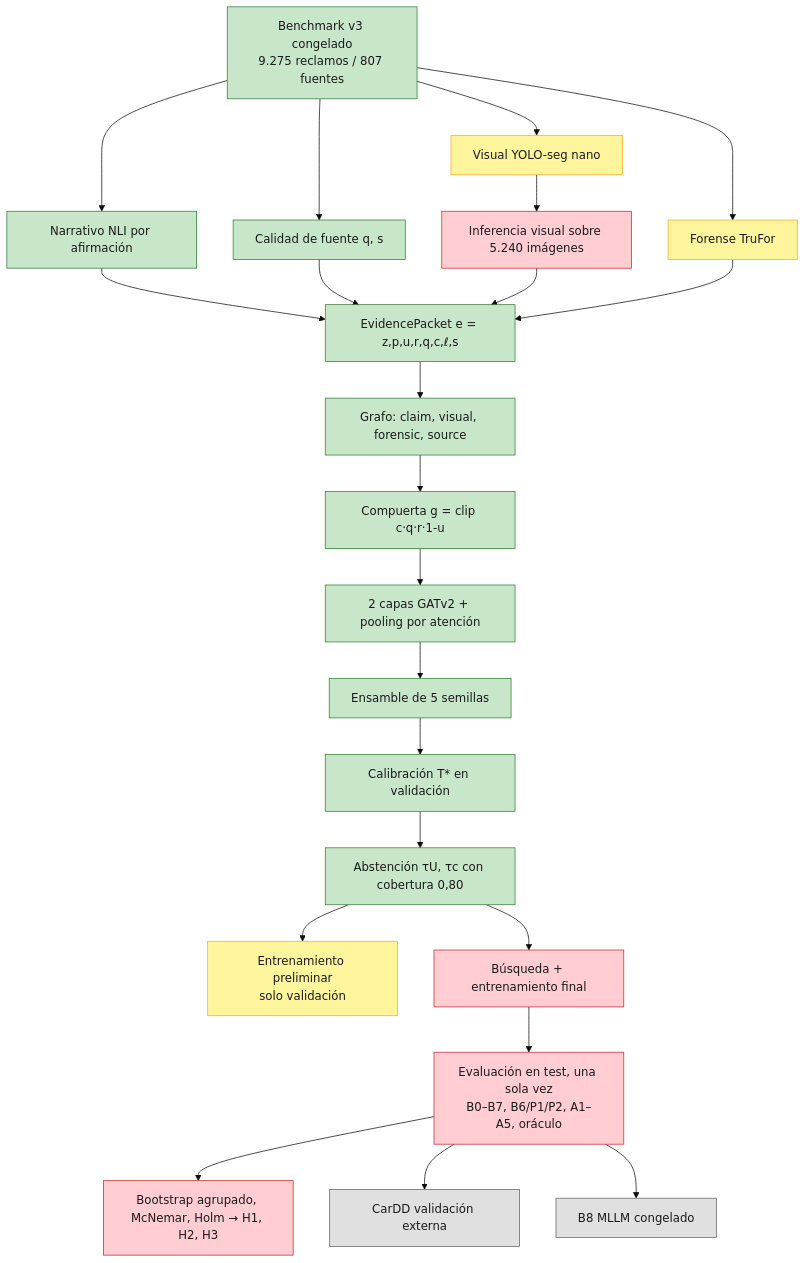
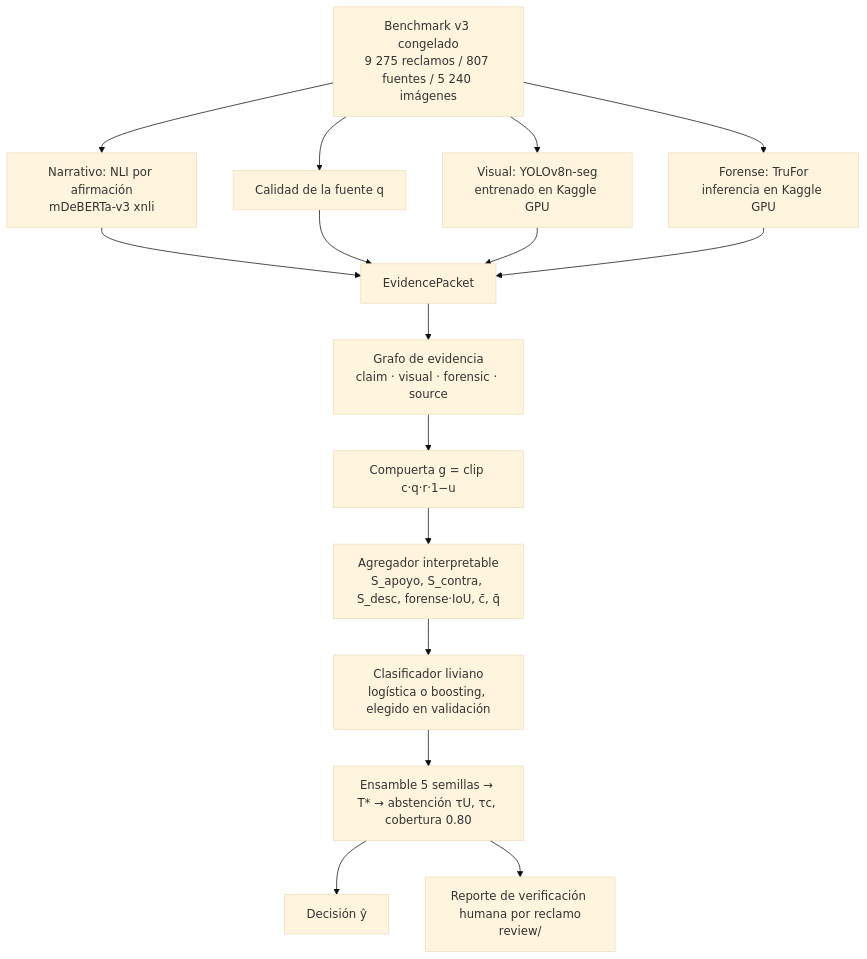
The diagram in README.md (anamariaaccilio/uafeg), drawn with Mermaid (base theme) before and after one commit. The commit also changed other lines of this file and 1182 other files, not shown here.

Commit message:
feat: single test evaluation, H1-H3, tables/figures, human review package, chapter 5 proposal

````diff
--- a/README.md
+++ b/README.md
@@ -9,33 +16,18 @@
 ```mermaid
 flowchart TD
-    B[Benchmark v3 congelado<br/>9.275 reclamos / 807 fuentes] --> N[Narrativo NLI por afirmación]
-    B --> Q[Calidad de fuente q, s]
-    B --> V[Visual YOLO-seg nano]
-    B --> F[Forense TruFor]
-    N --> E[EvidencePacket e = z,p,u,r,q,c,ℓ,s]
+    B[Benchmark v3 congelado<br/>9 275 reclamos / 807 fuentes / 5 240 imágenes] --> N[Narrativo: NLI por afirmación<br/>mDeBERTa-v3 xnli]
+    B --> Q[Calidad de la fuente q]
+    B --> V[Visual: YOLOv8n-seg<br/>entrenado en Kaggle GPU]
+    B --> F[Forense: TruFor<br/>inferencia en Kaggle GPU]
+    N --> E[EvidencePacket]
     Q --> E
-    V --> VI[Inferencia visual sobre 5.240 imágenes]
-    VI --> E
+    V --> E
     F --> E
-    E --> G[Grafo: claim, visual, forensic, source]
-    G --> GT[Compuerta g = clip c·q·r·1-u]
-    GT --> A[2 capas GATv2 + pooling por atención]
-    A --> EN[Ensamble de 5 semillas]
-    EN --> T[Calibración T* en validación]
-    T --> AB[Abstención τU, τc con cobertura 0,80]
-    AB --> PV[Entrenamiento preliminar<br/>solo validación]
-    AB --> FS[Búsqueda + entrenamiento final]
-    FS --> EV[Evaluación en test, una sola vez<br/>B0–B7, B6/P1/P2, A1–A5, oráculo]
-    EV --> ST[Bootstrap agrupado, McNemar, Holm → H1, H2, H3]
-    EV --> CD[CarDD validación externa]
-    EV --> B8[B8 MLLM congelado]
-
-    classDef done fill:#c8e6c9,stroke:#2e7d32,color:#1b1b1b
-    classDef running fill:#fff59d,stroke:#f9a825,color:#1b1b1b
-    classDef missing fill:#ffcdd2,stroke:#c62828,color:#1b1b1b
-    classDef notrun fill:#e0e0e0,stroke:#616161,color:#1b1b1b
-    class B,N,Q,E,G,GT,A,EN,T,AB done
-    class V,F,PV running
-    class VI,FS,EV,ST missing
-    class CD,B8 notrun
+    E --> G[Grafo de evidencia<br/>claim · visual · forensic · source]
+    G --> GT[Compuerta g = clip c·q·r·1−u]
+    GT --> A[Agregador interpretable<br/>S_apoyo, S_contra, S_desc, forense·IoU, c̄, q̄]
+    A --> C[Clasificador liviano<br/>logística o boosting, elegido en validación]
+    C --> EN[Ensamble 5 semillas → T* → abstención τU, τc, cobertura 0.80]
+    EN --> D[Decisión ŷ]
+    EN --> H[Reporte de verificación humana por reclamo<br/>review/]
 ```
````
